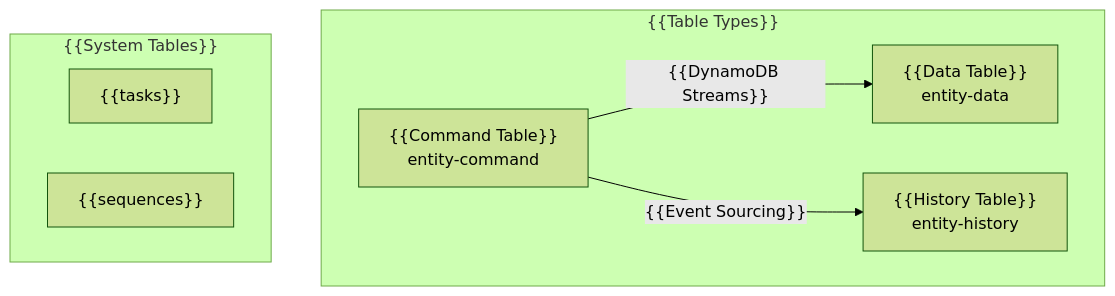
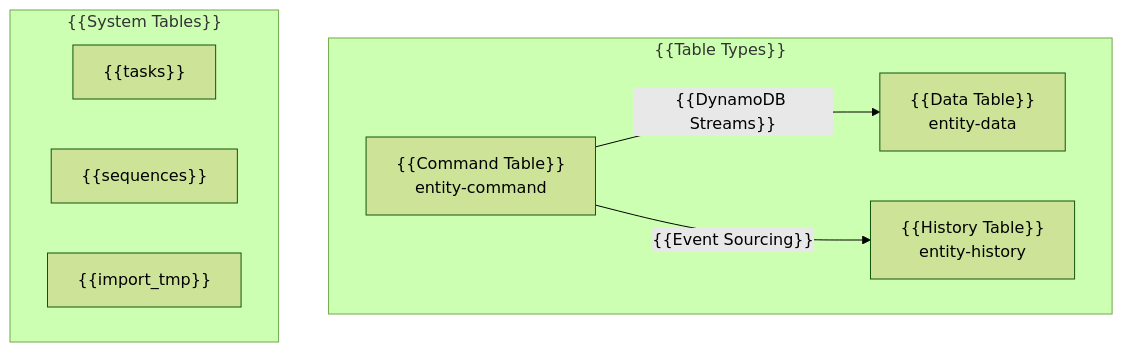
One commit to mbc-net/mbc-cqrs-serverless-doc changed the diagram in docs/dynamodb.md. Above: the diagram before and after it, drawn with Mermaid (forest theme). The commit also changed other lines of this file and 16 other files, not shown here.

````diff
--- a/docs/dynamodb.md
+++ b/docs/dynamodb.md
@@ -13,16 +13,17 @@
 ```mermaid
 graph TB
     subgraph "{{Table Types}}"
         A["{{Command Table}}<br/>entity-command"]
         B["{{Data Table}}<br/>entity-data"]
         C["{{History Table}}<br/>entity-history"]
     end
 
     subgraph "{{System Tables}}"
         D["{{tasks}}"]
         E["{{sequences}}"]
+        F["{{import_tmp}}"]
     end
 
     A -->|"{{DynamoDB Streams}}"| B
     A -->|"{{Event Sourcing}}"| C
 ```
````
